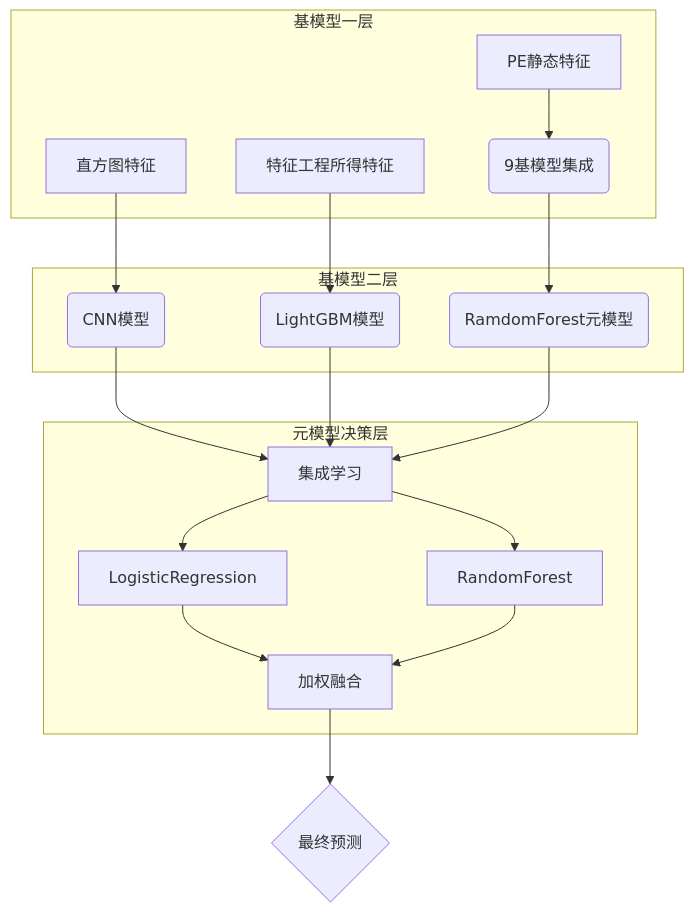
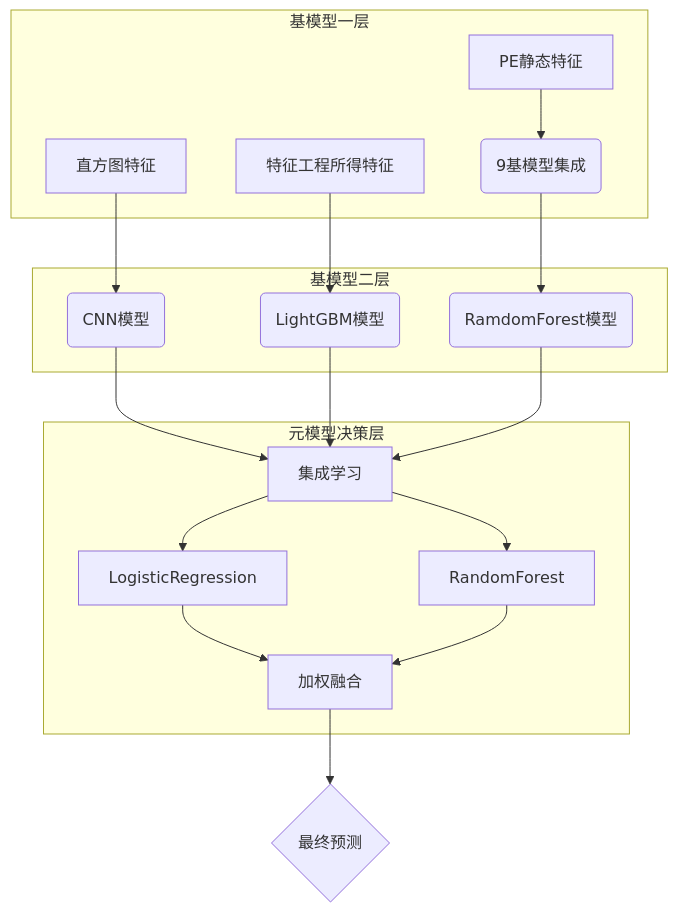
One commit to zsh003/maltack changed the second of 2 diagrams in machine_learning/ensemble_learning/README.md. Above: the diagram before and after it, drawn with Mermaid. The commit also changed other lines of this file and 8 other files, not shown here.

````diff
--- a/machine_learning/ensemble_learning/README.md
+++ b/machine_learning/ensemble_learning/README.md
@@ -1114,32 +1114,32 @@
 ```mermaid
 graph TD
 	subgraph 基模型一层
         A
         B
         E
         C
 	end
 	subgraph 基模型二层
 		D
 		H
 		F
 	end
 	subgraph 元模型决策层
 		I
 		J
 		K
 		L
 	end
     A[直方图特征] --> D(CNN模型)
     B[PE静态特征] --> E[9基模型集成]
-    E(9基模型集成) --> H(RamdomForest元模型)
+    E(9基模型集成) --> H(RamdomForest模型)
     C[特征工程所得特征] --> F(LightGBM模型)
     D --> I[集成学习]
     F --> I
     H --> I
     I --> J[LogisticRegression]
     I --> K[RandomForest]
     J --> L[加权融合]
    	K --> L
     L --> Z{最终预测}
 ```
````
